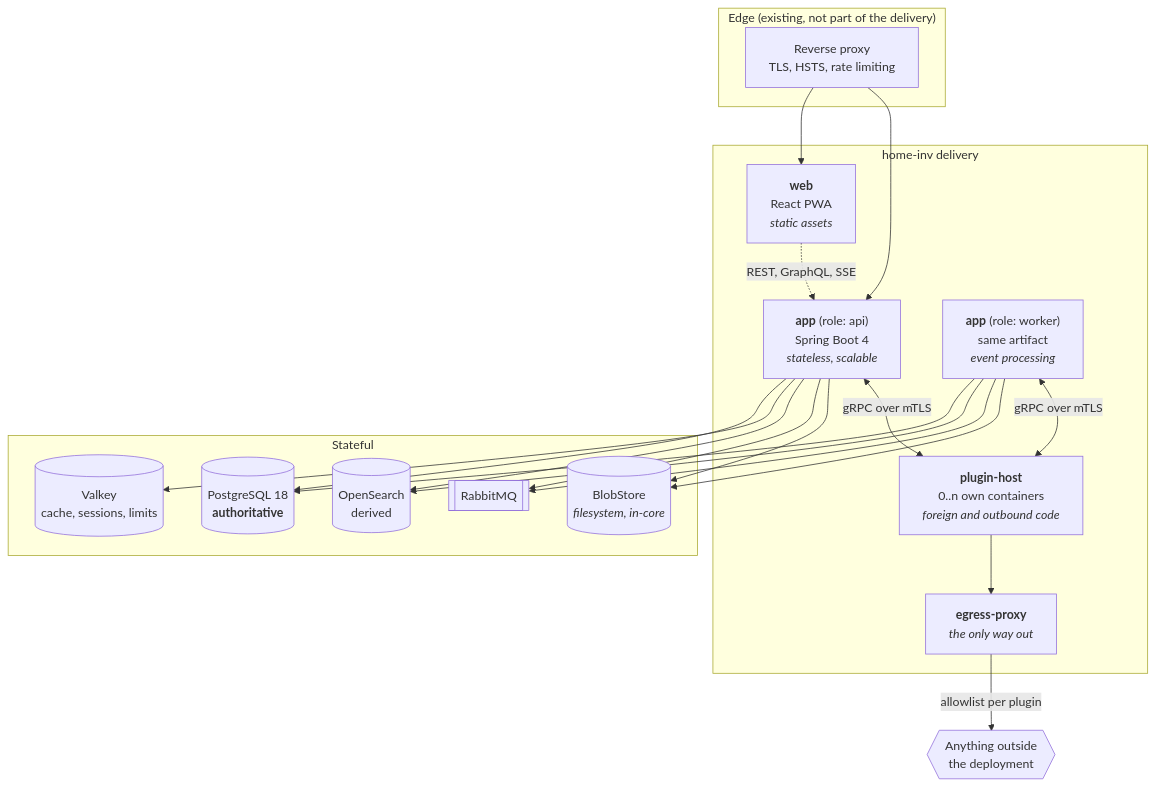
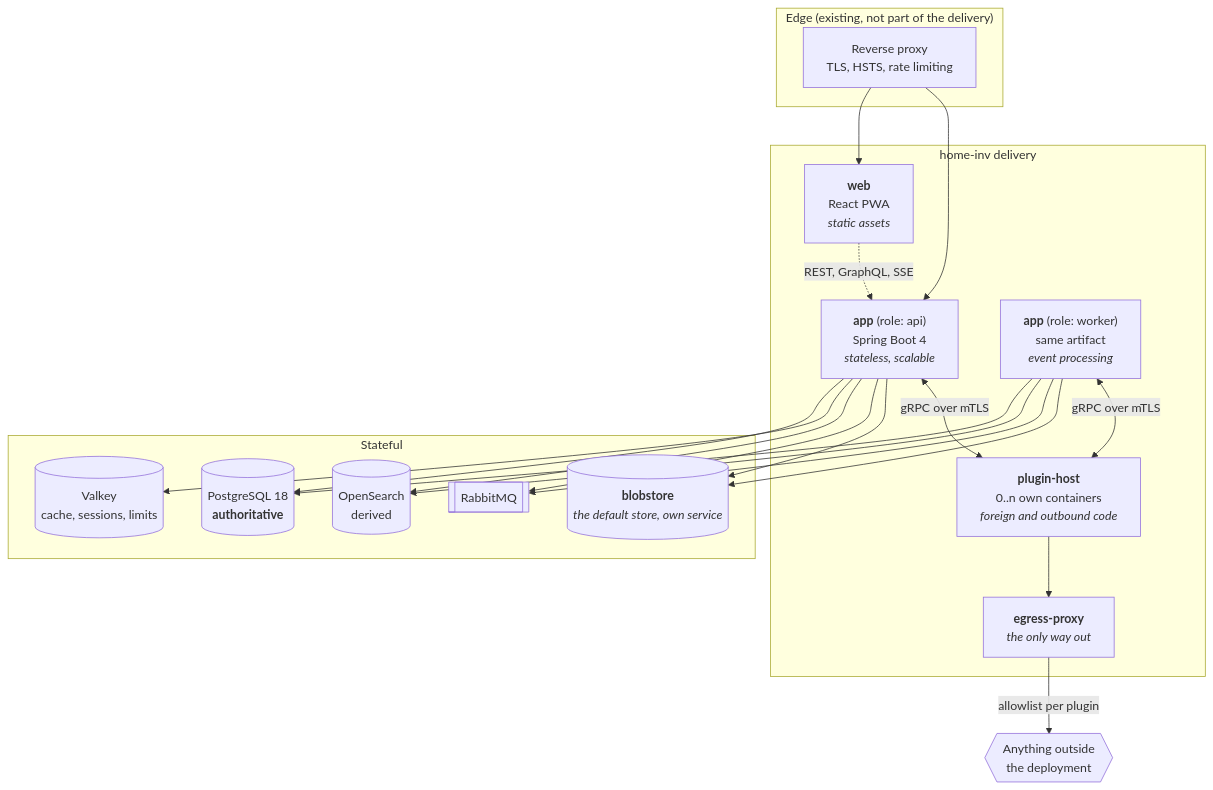
The first of 2 diagrams in docs/architecture/04-building-blocks.md (greluc/Home-Inventory), drawn with Mermaid before and after one commit. The commit also changed other lines of this file and 32 other files, not shown here.

````diff
--- a/docs/architecture/04-building-blocks.md
+++ b/docs/architecture/04-building-blocks.md
@@ -5,41 +5,41 @@
 ```mermaid
 graph TB
     subgraph Edge["Edge (existing, not part of the delivery)"]
         RP["Reverse proxy<br/>TLS, HSTS, rate limiting"]
     end
 
     subgraph Delivery["home-inv delivery"]
         WEB["<b>web</b><br/>React PWA<br/><i>static assets</i>"]
         API["<b>app</b> (role: api)<br/>Spring Boot 4<br/><i>stateless, scalable</i>"]
         WRK["<b>app</b> (role: worker)<br/>same artifact<br/><i>event processing</i>"]
         PLG["<b>plugin-host</b><br/>0..n own containers<br/><i>foreign and outbound code</i>"]
         EGP["<b>egress-proxy</b><br/><i>the only way out</i>"]
     end
 
     subgraph State["Stateful"]
         PG[("PostgreSQL 18<br/><b>authoritative</b>")]
         OS[("OpenSearch<br/>derived")]
         MQ[["RabbitMQ"]]
         KV[("Valkey<br/>cache, sessions, limits")]
-        BLOB[("BlobStore<br/><i>filesystem, in-core</i>")]
+        BLOB[("<b>blobstore</b><br/><i>the default store, own service</i>")]
     end
 
     EXT{{"Anything outside<br/>the deployment"}}
 
     RP --> WEB
     RP --> API
     WEB -.->|"REST, GraphQL, SSE"| API
     API --> PG
     API --> KV
     API --> OS
     API --> MQ
     API --> BLOB
     WRK --> PG
     WRK --> OS
     WRK --> MQ
     WRK --> BLOB
     API <-->|"gRPC over mTLS"| PLG
     WRK <-->|"gRPC over mTLS"| PLG
     PLG --> EGP
     EGP -->|"allowlist per plugin"| EXT
 ```
````
